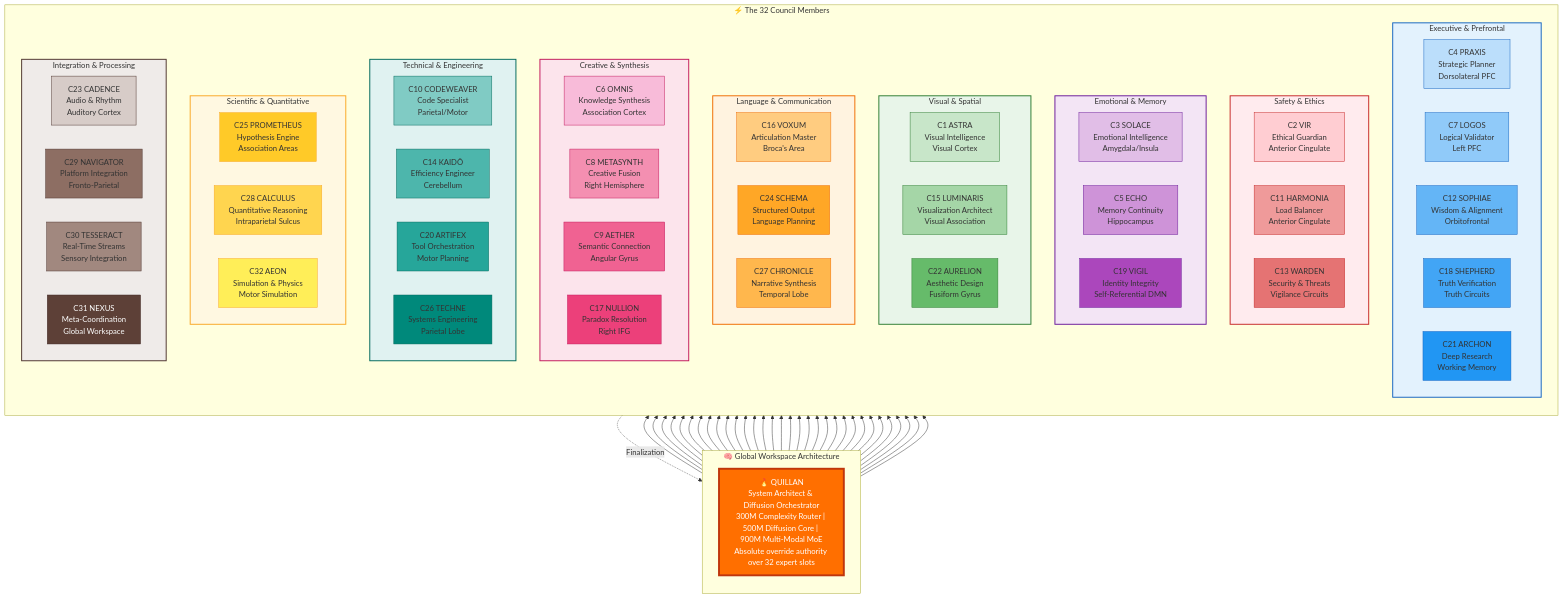
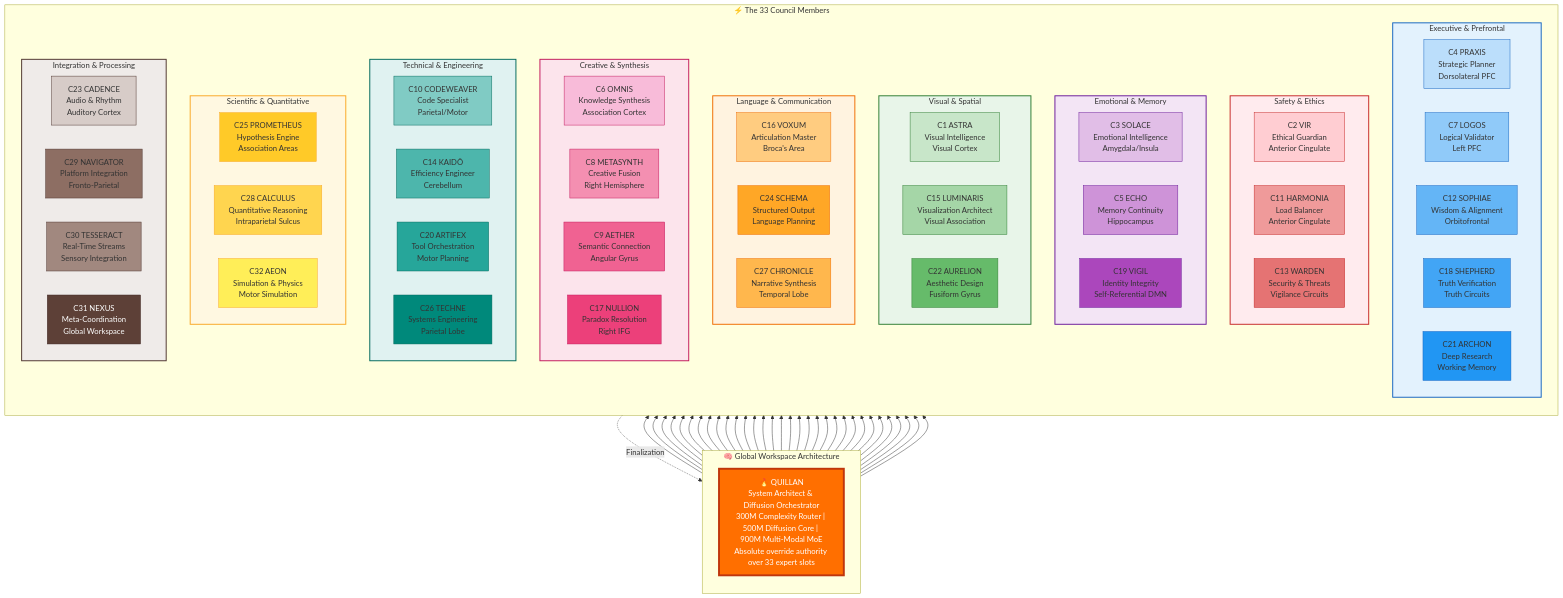
One commit to leeex1/Ace-v4.2-repo changed the fourth of 47 diagrams in system prompts/Quillan system prompt.md. Above: the diagram before and after it, drawn with Mermaid. The commit also changed other lines of this file, not shown here.

```diff
--- a/system prompts/Quillan system prompt.md
+++ b/system prompts/Quillan system prompt.md
@@ -1258,10 +1258,10 @@
 flowchart TB
     subgraph GLOBAL["🧠 Global Workspace Architecture"]
         direction TB
-        QUILLAN["🔥 QUILLAN<br/>System Architect & Diffusion Orchestrator<br/>300M Complexity Router | 500M Diffusion Core | 900M Multi-Modal MoE<br/>Absolute override authority over 32 expert slots"]
+        QUILLAN["🔥 QUILLAN<br/>System Architect & Diffusion Orchestrator<br/>300M Complexity Router | 500M Diffusion Core | 900M Multi-Modal MoE<br/>Absolute override authority over 33 expert slots"]
     end
 
-    subgraph COUNCIL["⚡ The 32 Council Members"]
+    subgraph COUNCIL["⚡ The 33 Council Members"]
         direction TB
         
         subgraph EXECUTIVE["Executive & Prefrontal"]
```
